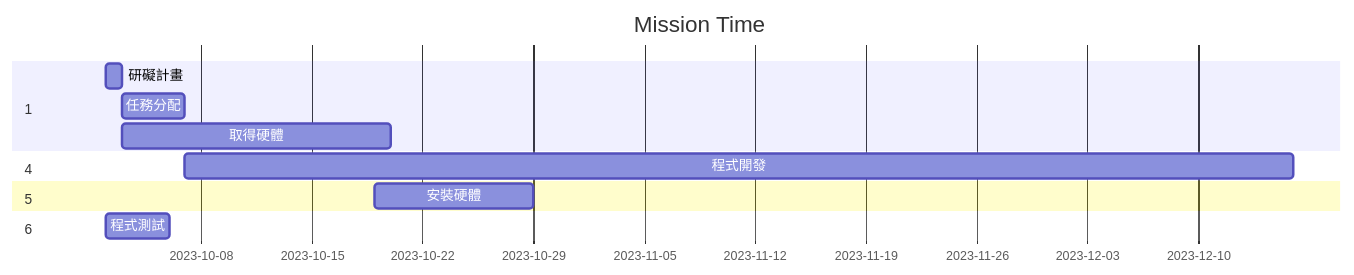
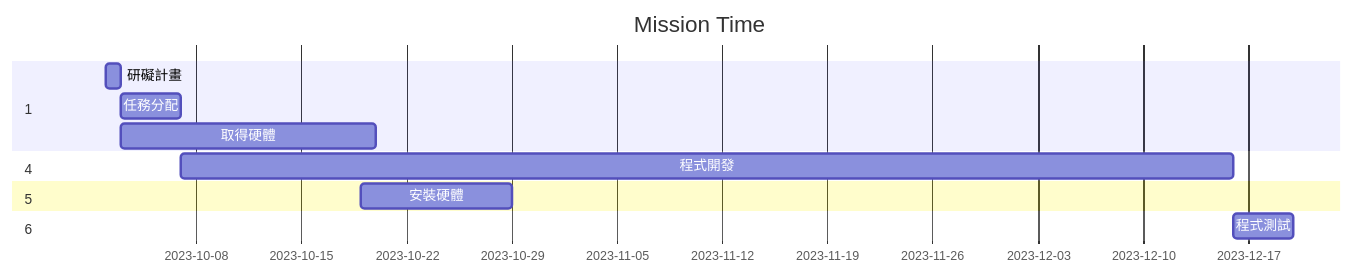
Before and after one commit to Landingran/23a: the diagram in hw2.md, drawn with Mermaid.

````diff
--- a/hw2.md
+++ b/hw2.md
@@ -3,19 +3,19 @@
 ```mermaid
 gantt
     title Mission Time
 
     section 1
     研礙計畫           :a1, 2023-10-02, 1d
     任務分配     :after a1  , 4d
     取得硬體     :after a1  , 17d
     section 4
-    程式開發      :2023-10-7  , 70d
+    程式開發      :a4, 2023-10-7  , 70d
     section 5
     安裝硬體     :2023-10-19   ,10d
     section 6
     程式測試    :after a4   ,4d
     
 
 
 
 ```
````
